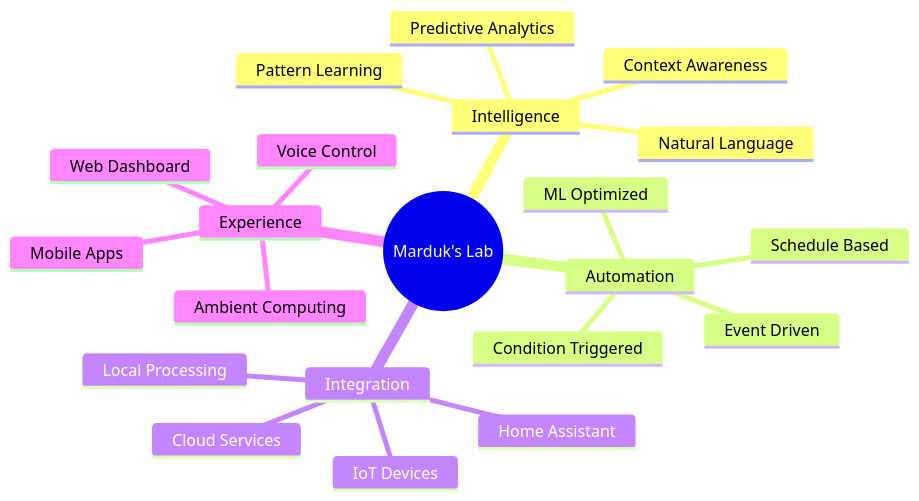
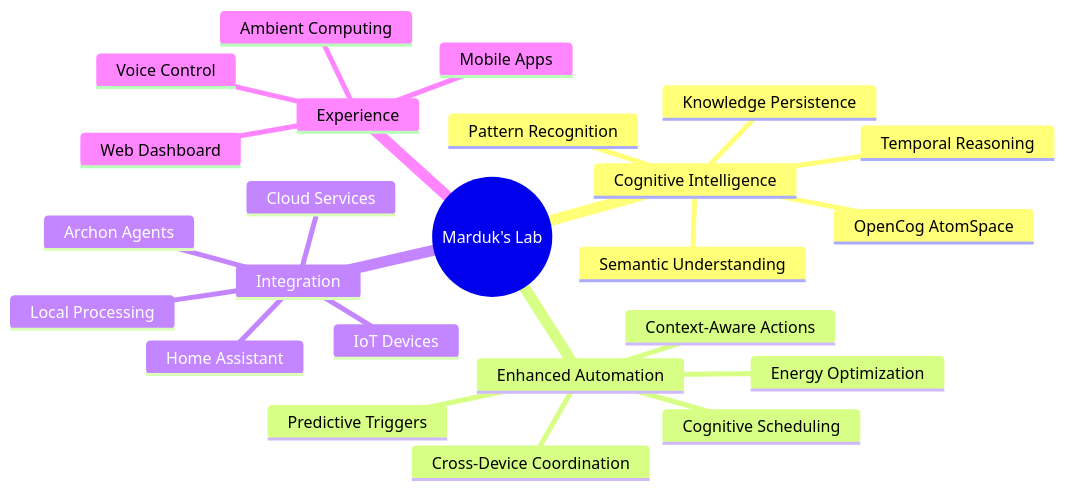
The fourth of 12 diagrams in README.md (EchoCog/Archon), drawn with Mermaid before and after one commit. The commit also changed other lines of this file and 1 other file, not shown here.

Commit message:
Update documentation to reflect OpenCog integration with Marduk's Lab

````diff
--- a/README.md
+++ b/README.md
@@ -216,24 +221,27 @@
 ```mermaid
 mindmap
   root((Marduk's Lab))
-    Intelligence
-      Natural Language
-      Pattern Learning
-      Predictive Analytics
-      Context Awareness
-    Automation
-      Schedule Based
-      Event Driven
-      Condition Triggered
-      ML Optimized
+    Cognitive Intelligence
+      OpenCog AtomSpace
+      Semantic Understanding
+      Pattern Recognition
+      Temporal Reasoning
+      Knowledge Persistence
+    Enhanced Automation
+      Cognitive Scheduling
+      Predictive Triggers
+      Context-Aware Actions
+      Energy Optimization
+      Cross-Device Coordination
     Integration
       Home Assistant
       IoT Devices
       Cloud Services
       Local Processing
+      Archon Agents
     Experience
       Voice Control
       Mobile Apps
       Web Dashboard
       Ambient Computing
 ```
````
